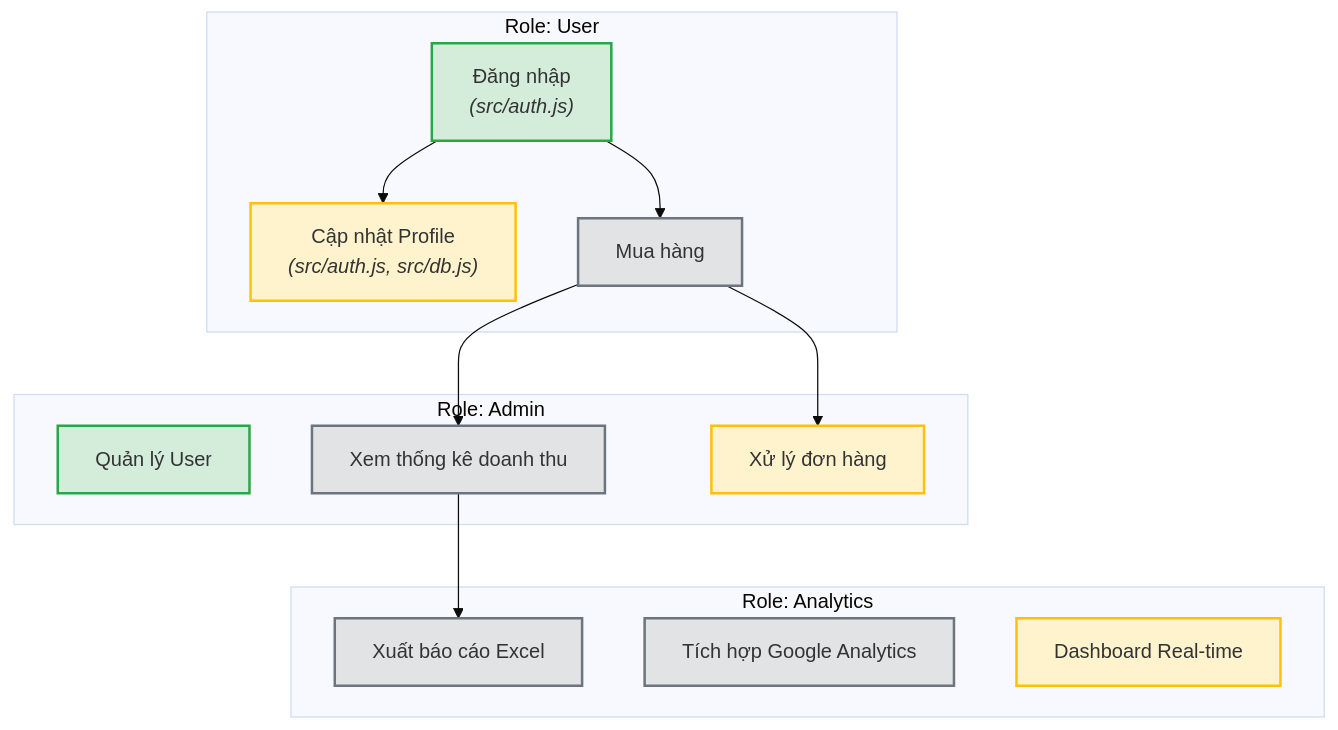
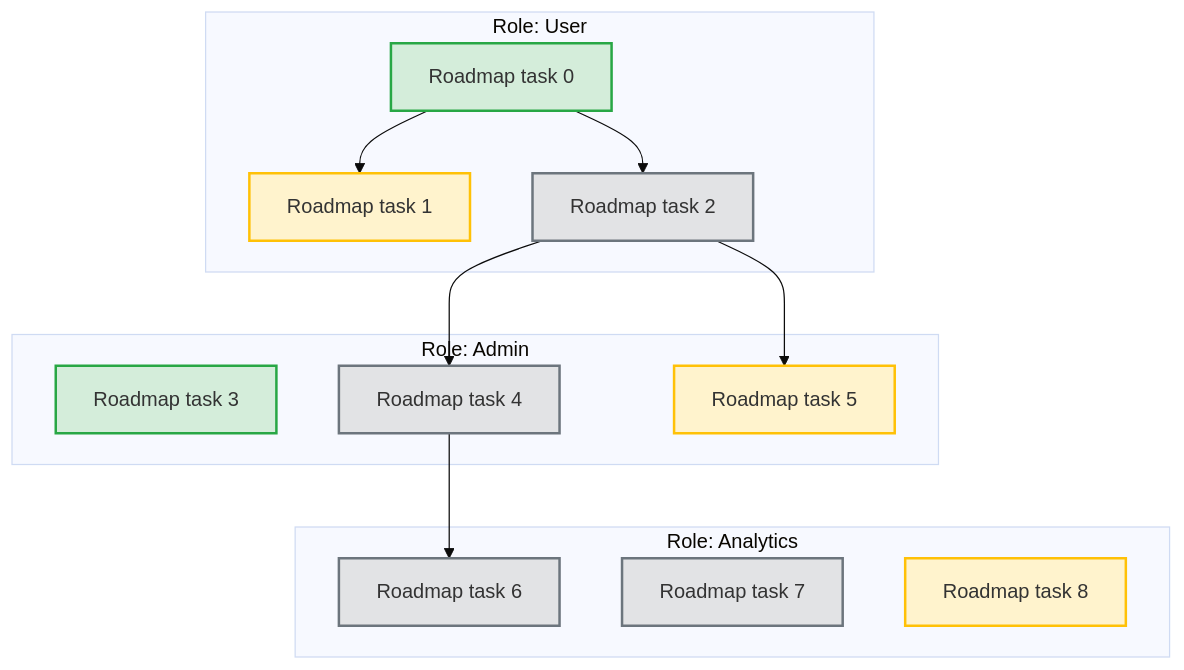
The fourth of 4 diagrams in .codebase/VISUAL_GRAPH.md (tuanpham09/codex-genesis-harness), drawn with Mermaid (base theme) before and after one commit. The commit also changed other lines of this file and 51 other files, not shown here.

Commit message:
feat: enhance project observability with new monitoring schemas, workflow phases, and expanded integration tests

````diff
--- a/.codebase/VISUAL_GRAPH.md
+++ b/.codebase/VISUAL_GRAPH.md
@@ -37,35 +92,35 @@
 ```mermaid
 graph TD
   classDef completed fill:#d4edda,stroke:#28a745,stroke-width:2px;
   classDef inprogress fill:#fff3cd,stroke:#ffc107,stroke-width:2px;
   classDef pending fill:#e2e3e5,stroke:#6c757d,stroke-width:2px;
   subgraph Role_0 ["Role: User"]
-    Task0["Đăng nhập<br><i>(src/auth.js)</i>"]
+    Task0["Roadmap task 0"]
     class Task0 completed;
-    Task1["Cập nhật Profile<br><i>(src/auth.js, src/db.js)</i>"]
+    Task1["Roadmap task 1"]
     class Task1 inprogress;
-    Task2["Mua hàng"]
+    Task2["Roadmap task 2"]
     class Task2 pending;
   end
   subgraph Role_1 ["Role: Admin"]
-    Task3["Quản lý User"]
+    Task3["Roadmap task 3"]
     class Task3 completed;
-    Task4["Xem thống kê doanh thu"]
+    Task4["Roadmap task 4"]
     class Task4 pending;
-    Task5["Xử lý đơn hàng"]
+    Task5["Roadmap task 5"]
     class Task5 inprogress;
   end
   subgraph Role_2 ["Role: Analytics"]
-    Task6["Xuất báo cáo Excel"]
+    Task6["Roadmap task 6"]
     class Task6 pending;
-    Task7["Tích hợp Google Analytics"]
+    Task7["Roadmap task 7"]
     class Task7 pending;
-    Task8["Dashboard Real-time"]
+    Task8["Roadmap task 8"]
     class Task8 inprogress;
   end
   Task0 --> Task1
   Task0 --> Task2
   Task2 --> Task4
   Task2 --> Task5
   Task4 --> Task6
 ```
````
